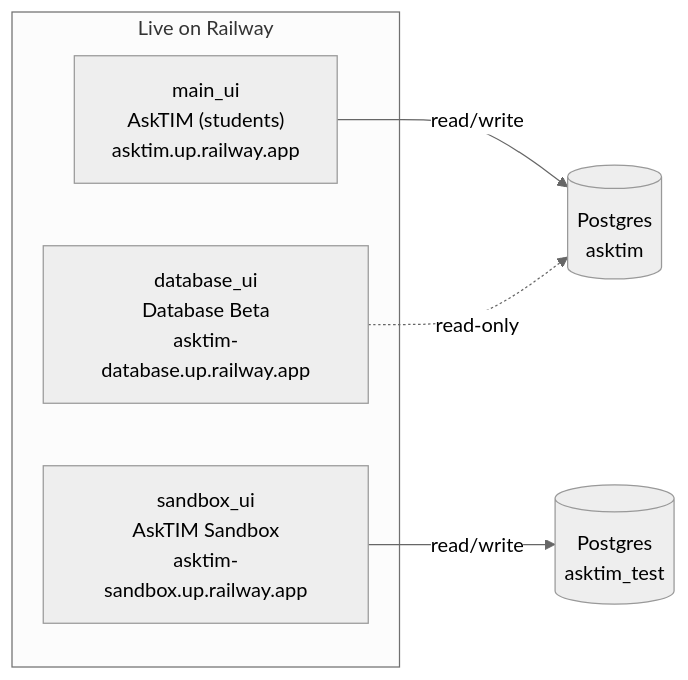
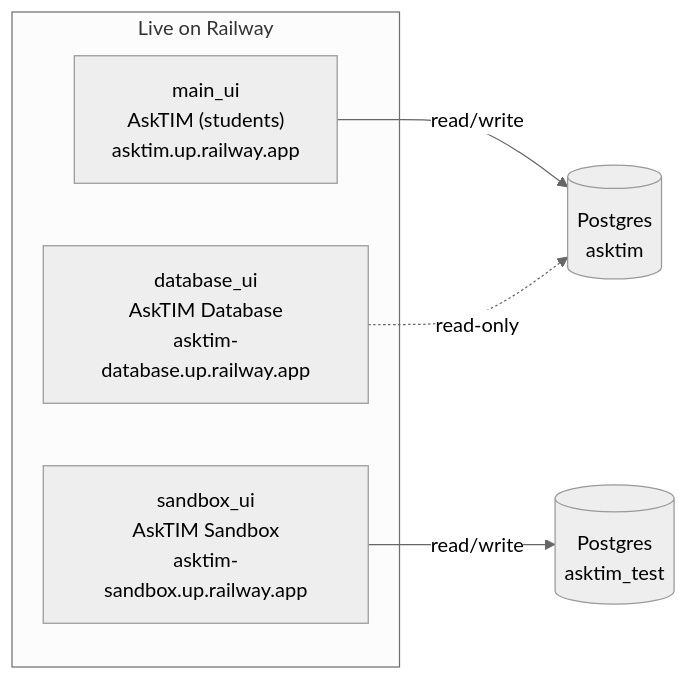
One commit to bonbon-on-fire/asktim_llm_tutor_project changed the first of 3 diagrams in README.md. Above: the diagram before and after it, drawn with Mermaid (neutral theme). The commit also changed other lines of this file and 6 other files, not shown here.

````diff
--- a/README.md
+++ b/README.md
@@ -38,19 +38,19 @@
 ```mermaid
 flowchart LR
     subgraph live["Live on Railway"]
         MAIN["main_ui\nAskTIM (students)\nasktim.up.railway.app"]
         SAND["sandbox_ui\nAskTIM Sandbox\nasktim-sandbox.up.railway.app"]
-        REV["database_ui\nDatabase Beta\nasktim-database.up.railway.app"]
+        REV["database_ui\nAskTIM Database\nasktim-database.up.railway.app"]
     end
 
     PGMAIN[("Postgres\nasktim")]
     PGTEST[("Postgres\nasktim_test")]
 
     MAIN -->|read/write| PGMAIN
     SAND -->|read/write| PGTEST
     REV -. read-only .-> PGMAIN
 
     click MAIN "https://asktim.up.railway.app/" "Open AskTIM"
     click SAND "https://asktim-sandbox.up.railway.app/" "Open AskTIM Sandbox"
-    click REV "https://asktim-database.up.railway.app/" "Open Database Beta"
+    click REV "https://asktim-database.up.railway.app/" "Open AskTIM Database"
 ```
````
